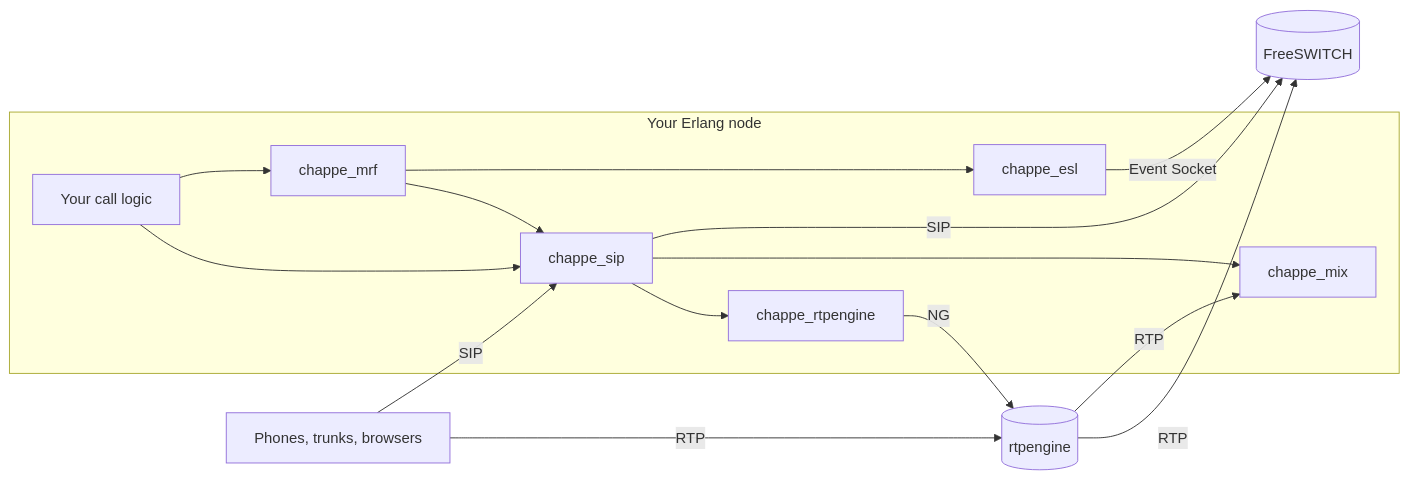
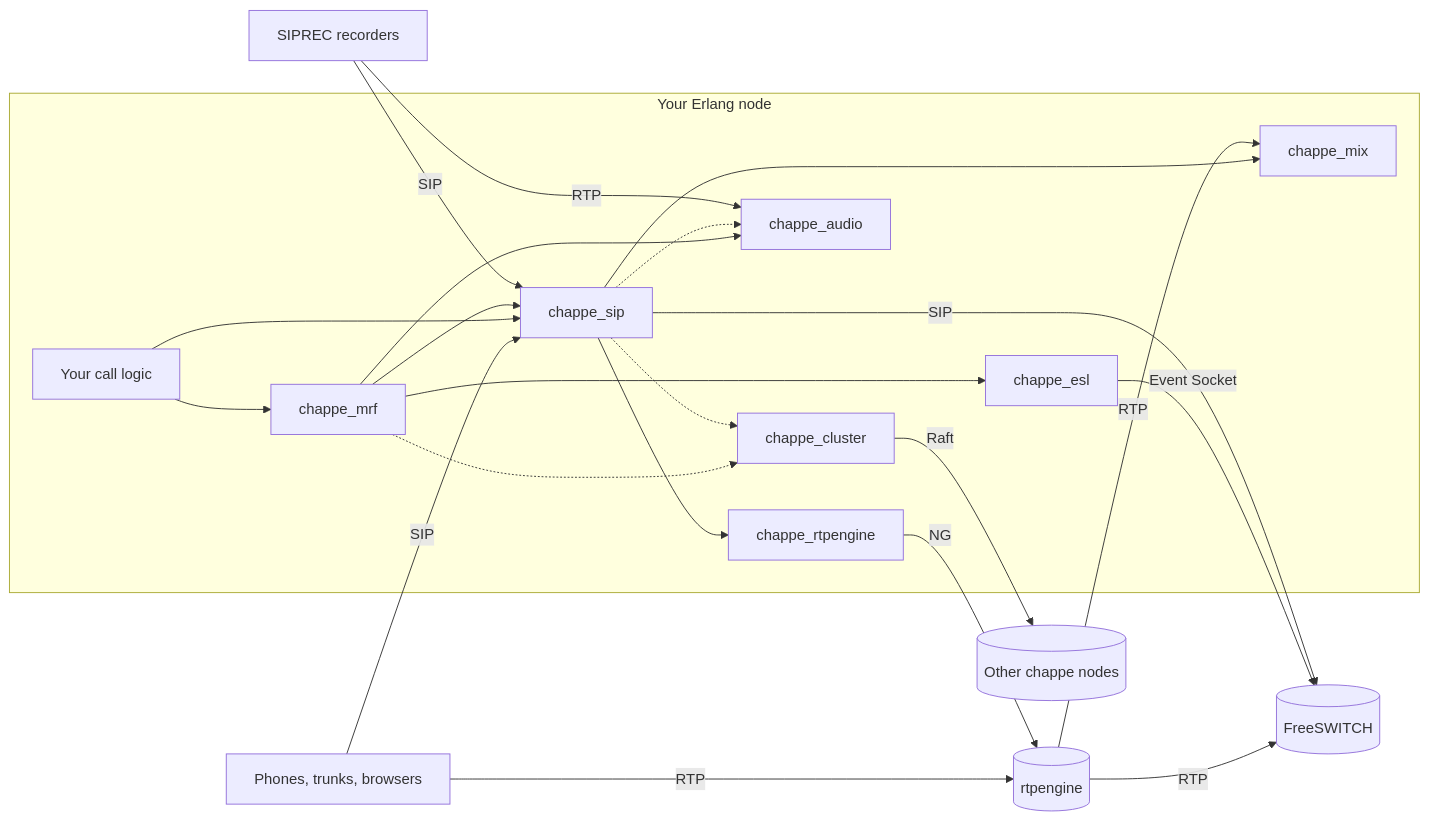
Before and after one commit to benoitc/chappe: the diagram in README.md, drawn with Mermaid. The commit also changed other lines of this file and 7 other files, not shown here.

````diff
--- a/README.md
+++ b/README.md
@@ -28,24 +30,33 @@
 ```mermaid
 flowchart LR
     phones[Phones, trunks, browsers] -- SIP --> sip
     subgraph node[Your Erlang node]
         app[Your call logic]
         mrf[chappe_mrf]
         sip[chappe_sip]
         rtpe[chappe_rtpengine]
         mix[chappe_mix]
         esl[chappe_esl]
+        audio[chappe_audio]
+        cluster[chappe_cluster]
         app --> sip
         app --> mrf
         mrf --> sip
         mrf --> esl
+        mrf --> audio
+        mrf -.-> cluster
         sip --> rtpe
         sip --> mix
+        sip -.-> audio
+        sip -.-> cluster
     end
+    src[SIPREC recorders] -- SIP --> sip
+    src -- RTP --> audio
+    cluster -- Raft --> peers[(Other chappe nodes)]
     rtpe -- NG --> rtpengine[(rtpengine)]
     esl -- Event Socket --> fs[(FreeSWITCH)]
     sip -- SIP --> fs
     phones -- RTP --> rtpengine
     rtpengine -- RTP --> mix
     rtpengine -- RTP --> fs
 ```
````
